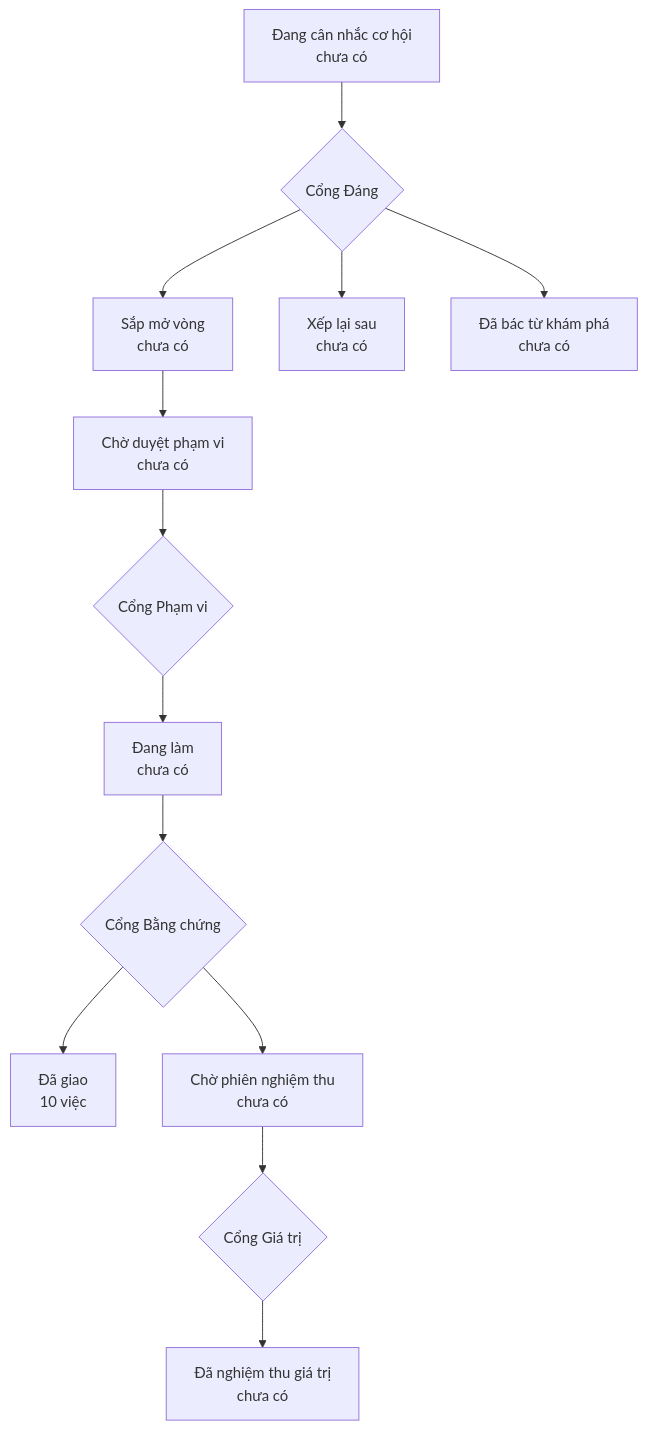
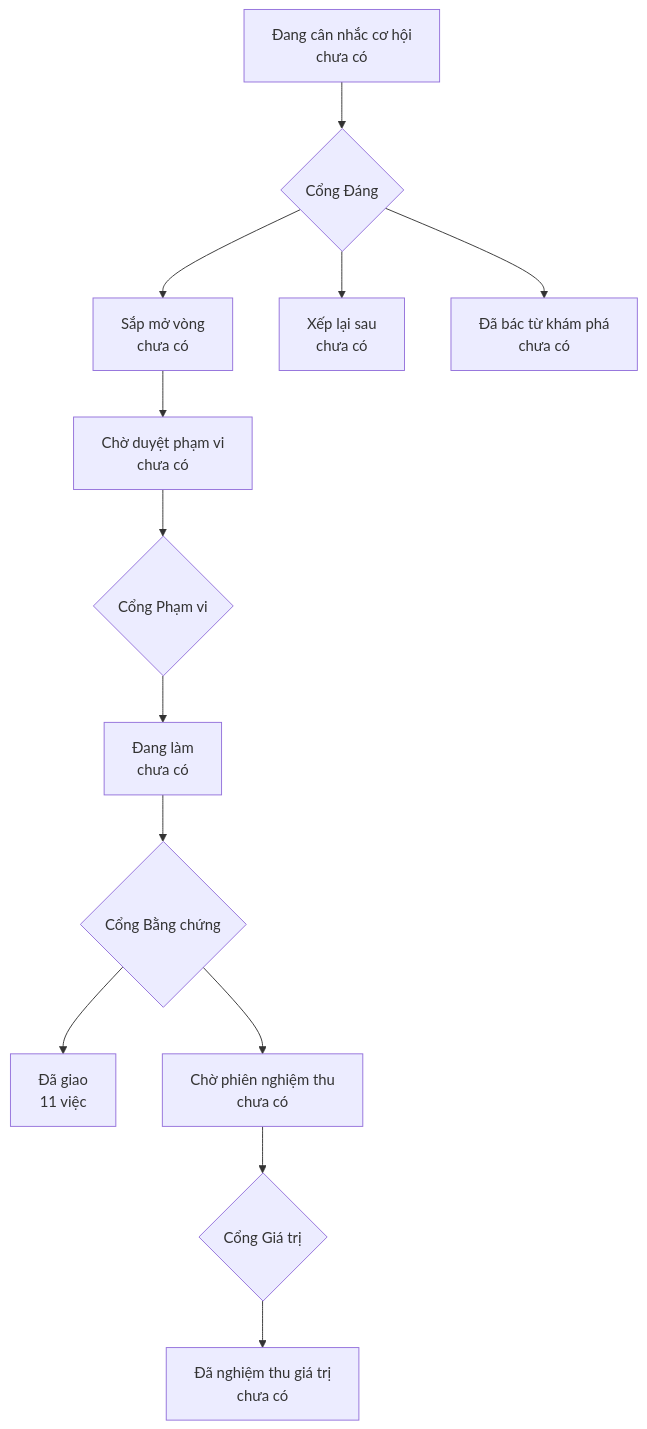
The diagram in PRODUCT-MAP.md (phanlemanh/onehub-invest), drawn with Mermaid before and after one commit. The commit also changed 1 other file, not shown here.

Commit message:
fix(ui-standards): thước docs B1 tìm cột Archetype theo tiêu đề bảng route
Main (PR #6) thêm cột Slug đích vào routes.md.

````diff
--- a/PRODUCT-MAP.md
+++ b/PRODUCT-MAP.md
@@ -6,12 +6,12 @@
 ```mermaid
 flowchart TD
   A["Đang cân nhắc cơ hội<br/>chưa có"] --> GD{"Cổng Đáng"}
   GD --> B["Sắp mở vòng<br/>chưa có"]
   GD --> XL["Xếp lại sau<br/>chưa có"]
   GD --> DB["Đã bác từ khám phá<br/>chưa có"]
   B --> CD["Chờ duyệt phạm vi<br/>chưa có"] --> GP{"Cổng Phạm vi"}
   GP --> DL["Đang làm<br/>chưa có"] --> GB{"Cổng Bằng chứng"}
-  GB --> DG["Đã giao<br/>10 việc"]
+  GB --> DG["Đã giao<br/>11 việc"]
   GB --> CN["Chờ phiên nghiệm thu<br/>chưa có"] --> GG{"Cổng Giá trị"}
   GG --> NT["Đã nghiệm thu giá trị<br/>chưa có"]
 ```
````
